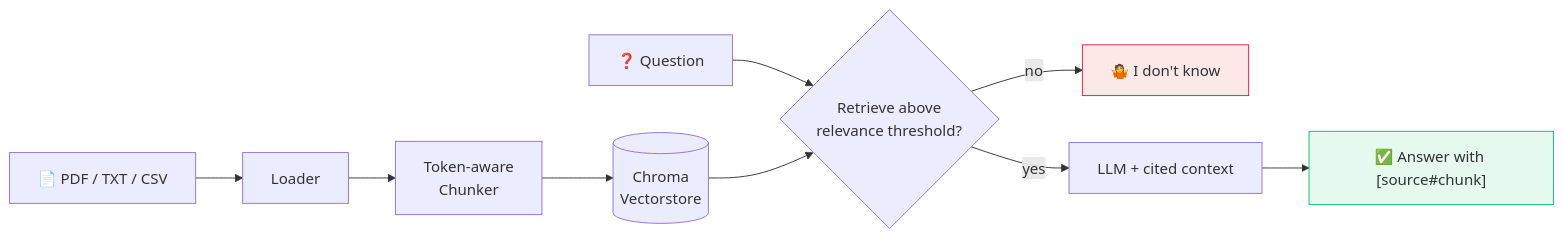
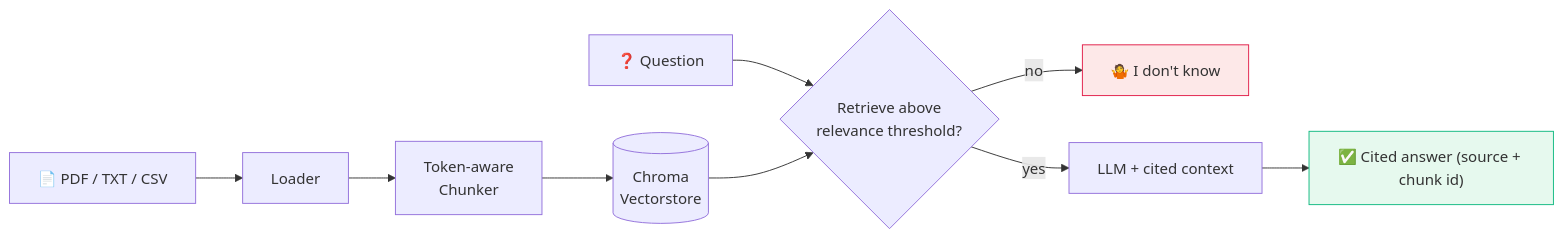
One commit to techwithprateek/College-Capstone-Projects changed the second of 9 diagrams in README.md. Above: the diagram before and after it, drawn with Mermaid. The commit also changed other lines of this file, not shown here.

First line of the commit message:
Fix Mermaid diagram parse errors in README

````diff
--- a/README.md
+++ b/README.md
@@ -73,15 +73,15 @@
 ```mermaid
 flowchart LR
     A["📄 PDF / TXT / CSV"] --> B["Loader"]
     B --> C["Token-aware<br/>Chunker"]
     C --> D[("Chroma<br/>Vectorstore")]
 
     Q["❓ Question"] --> R{"Retrieve above<br/>relevance threshold?"}
     D --> R
     R -->|no| N["🤷 I don't know"]
     R -->|yes| L["LLM + cited context"]
-    L --> AOK["✅ Answer with [source#chunk]"]
+    L --> AOK["✅ Cited answer (source + chunk id)"]
 
     style N fill:#fde8e8,stroke:#e11d48
     style AOK fill:#e6f9ee,stroke:#10b981
 ```
````
